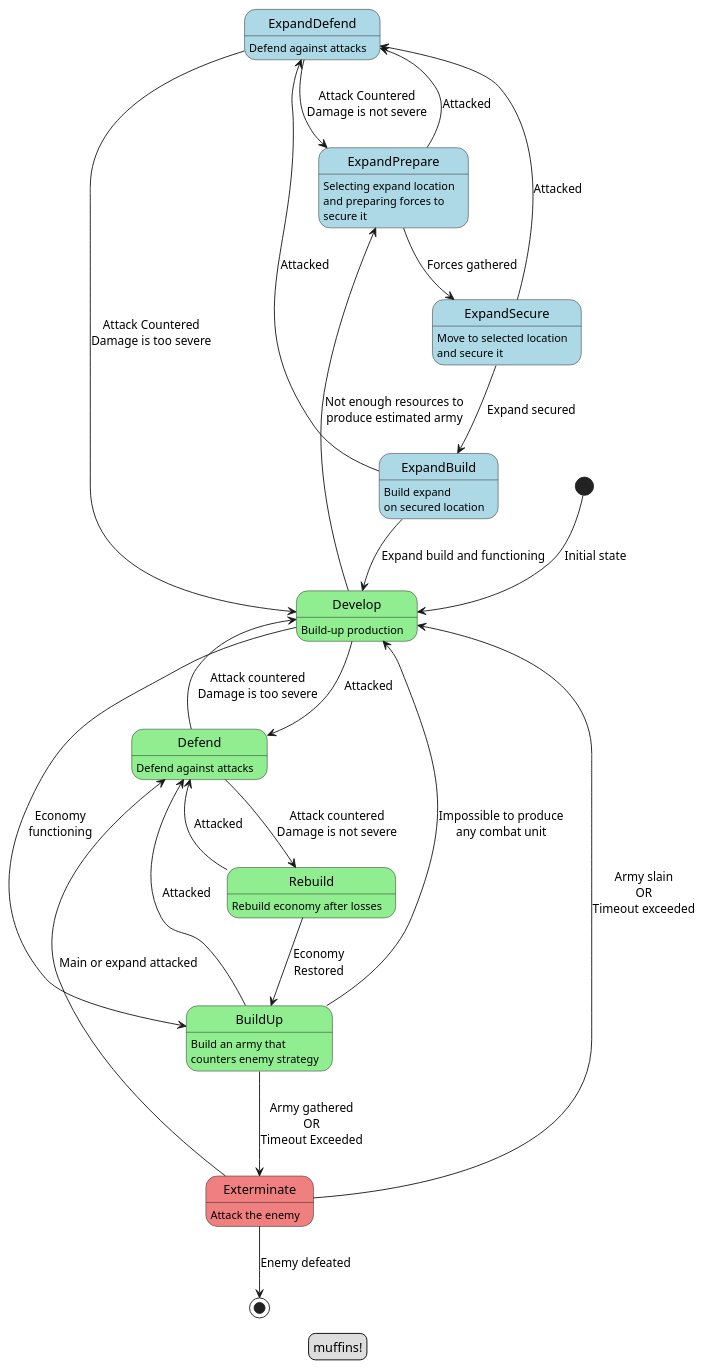
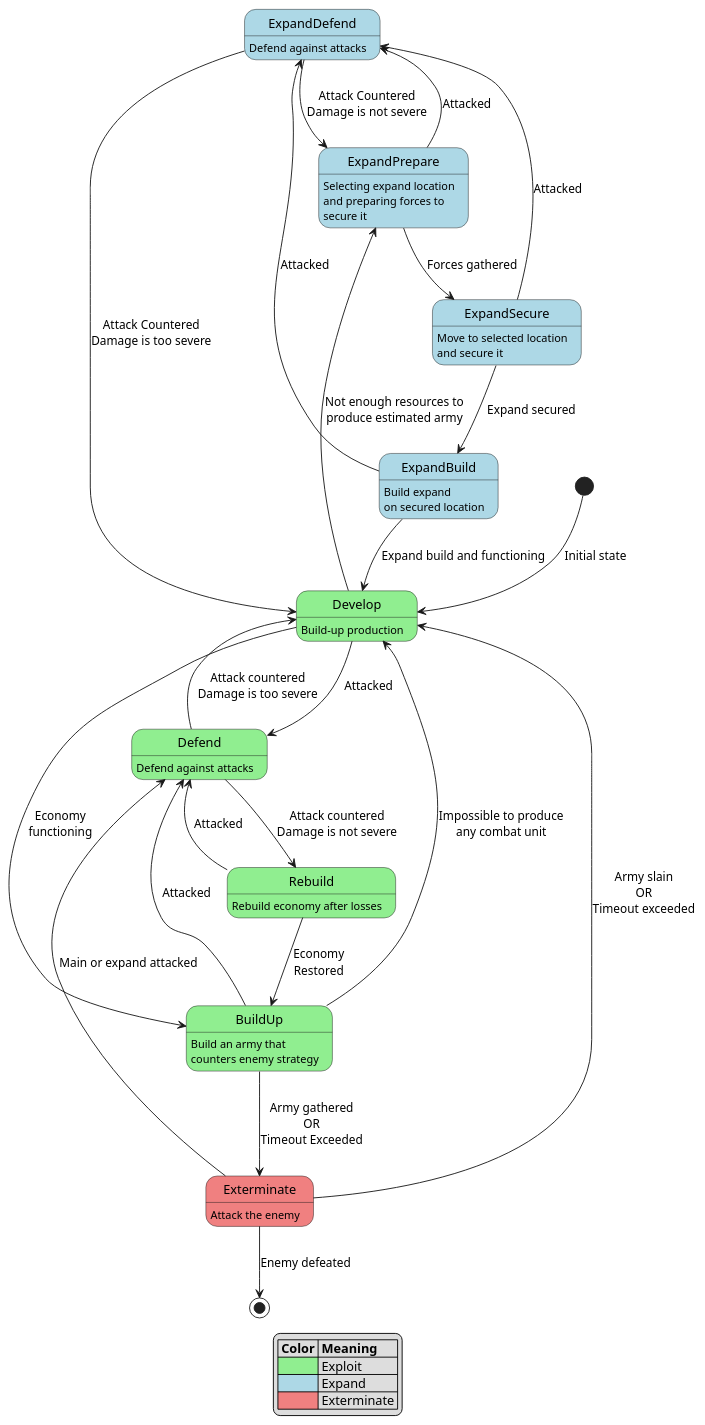
Before and after one commit to HordeResurrection/HordeScripts: the diagram in Mods/Mara/Docs/SettlementControllerStates.puml, drawn with PlantUML.

Commit message:
Add proper legend

```diff
--- a/Mods/Mara/Docs/SettlementControllerStates.puml
+++ b/Mods/Mara/Docs/SettlementControllerStates.puml
@@ -1,52 +1,55 @@
 @startuml controller states
 
 state Develop #LightGreen: Build-up production
 state Rebuild #LightGreen: Rebuild economy after losses
 state Defend #LightGreen: Defend against attacks
 state BuildUp #LightGreen: Build an army that\ncounters enemy strategy
 
 state ExpandPrepare #LightBlue: Selecting expand location\nand preparing forces to\nsecure it
 state ExpandSecure #LightBlue: Move to selected location\nand secure it
 state ExpandBuild #LightBlue: Build expand\non secured location
 state ExpandDefend #LightBlue: Defend against attacks
 
 state Exterminate #LightCoral: Attack the enemy
 
 [*] --> Develop: Initial state
 
 Defend --> Rebuild: Attack countered\nDamage is not severe
 Defend --> Develop: Attack countered\nDamage is too severe
 
 Develop --> BuildUp: Economy\nfunctioning
 Develop --> Defend: Attacked
 Develop -left-> ExpandPrepare: Not enough resources to\nproduce estimated army
 
 BuildUp -down-> Exterminate: Army gathered\nOR\nTimeout Exceeded
 BuildUp --> Defend: Attacked
 BuildUp --> Develop: Impossible to produce\nany combat unit
 
 Rebuild --> BuildUp: Economy\nRestored
 Rebuild --> Defend: Attacked
 
 ExpandPrepare --> ExpandSecure: Forces gathered
 ExpandPrepare -left-> ExpandDefend: Attacked
 
 ExpandSecure --> ExpandBuild: Expand secured
 ExpandSecure -left-> ExpandDefend: Attacked
 
 ExpandBuild --> Develop: Expand build and functioning
 ExpandBuild -left-> ExpandDefend: Attacked
 
 ExpandDefend --> ExpandPrepare: Attack Countered\nDamage is not severe
 ExpandDefend --> Develop: Attack Countered\nDamage is too severe
 
 Exterminate --> [*]: Enemy defeated
 Exterminate --> Develop: Army slain\nOR\nTimeout exceeded
 Exterminate --> Defend: Main or expand attacked
 
 
 legend
-muffins!
+| **Color** | **Meaning** |
+|<#LightGreen>| Exploit |
+|<#LightBlue>| Expand |
+|<#LightCoral>| Exterminate |
 endlegend
 
 @enduml
```
